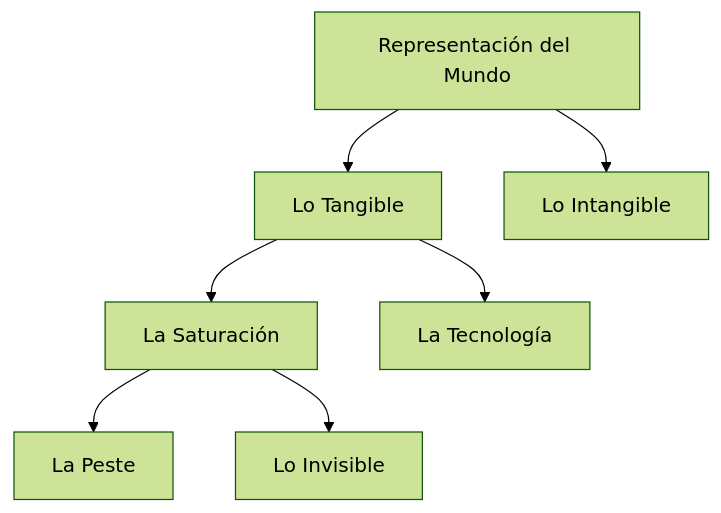
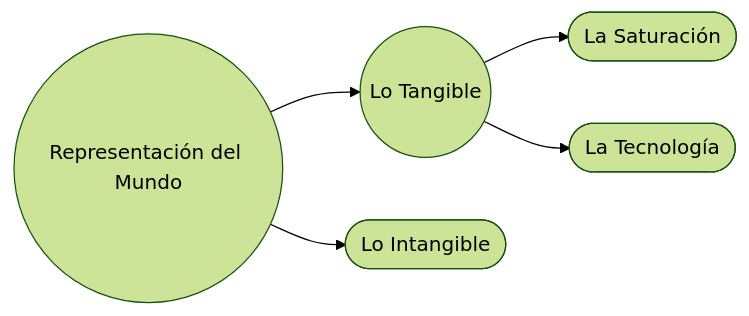
The diagram in ES/tangible.md (EGGS-Artesvisuales/EGGS-Artesvisuales.github.io), drawn with Mermaid (forest theme) before and after one commit. The commit also changed other lines of this file, not shown here.

```diff
--- a/ES/tangible.md
+++ b/ES/tangible.md
@@ -38,20 +15,18 @@
 <div class="mermaid">
-graph TD
-    Representacion["Representación del Mundo"]
-    Representacion --> Tangible["Lo Tangible"]
-    Representacion --> Intangible["Lo Intangible"]
+flowchart LR
+  representacion((Representación del Mundo))
+  tangible(("Lo Tangible"))
+  intangible(["Lo Intangible"])
 
-    Tangible --> Saturacion["La Saturación"]
-    Tangible --> Tecnologia["La Tecnología"]
+  representacion --> tangible
+  representacion --> intangible
 
-    Saturacion --> Peste["La Peste"]
-    Saturacion --> Invisible["Lo Invisible"]
+  tangible --> saturacion(["La Saturación"])
+  tangible --> tecnologia(["La Tecnología"])
 
-    click Representacion "/ES/mundo-exterior.html" "Ir a Representación del Mundo"
-    click Tangible "/ES/tangible.html" "Ir a Lo Tangible"
-    click Intangible "/ES/intangible.html" "Ir a Lo Intangible"
-    click Saturacion "/ES/saturacion.html" "Ir a La Saturación"
-    click Tecnologia "/ES/tecnologia.html" "Ir a La Tecnología"
-    click Peste "/es/la-peste" "Ir a La Peste"
-    click Invisible "/ES/invisible.html" "Ir a Lo Invisible"
+  click representacion "/ES/mundo-exterior.html" "Ir a Representación del Mundo"
+  click tangible "/ES/tangible.html" "Ir a Lo Tangible"
+  click saturacion "/ES/saturacion.html" "Ir a La Saturación"
+  click tecnologia "/ES/tecnologia.html" "Ir a La Tecnología"
+  click intangible "/ES/intangible.html" "Ir a Lo Intangible"
 </div>
```
